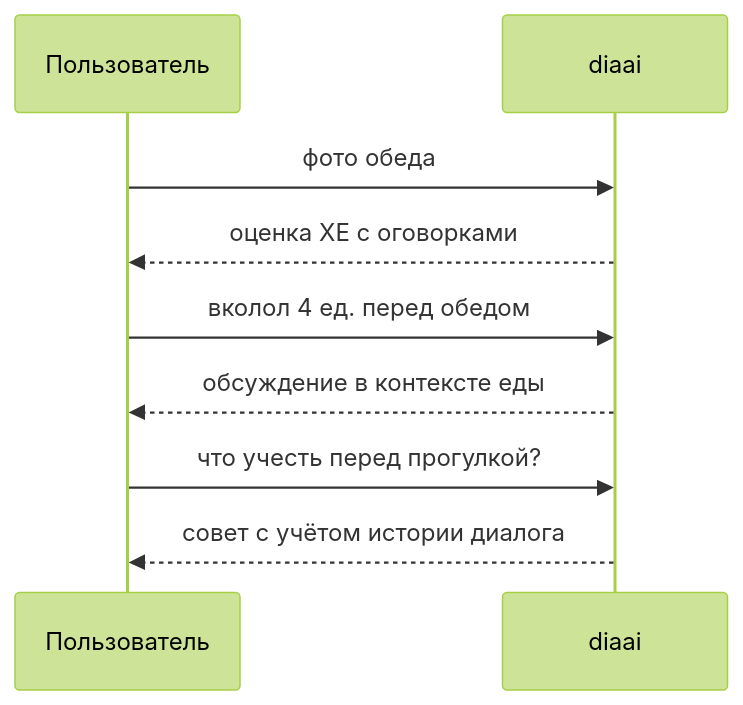
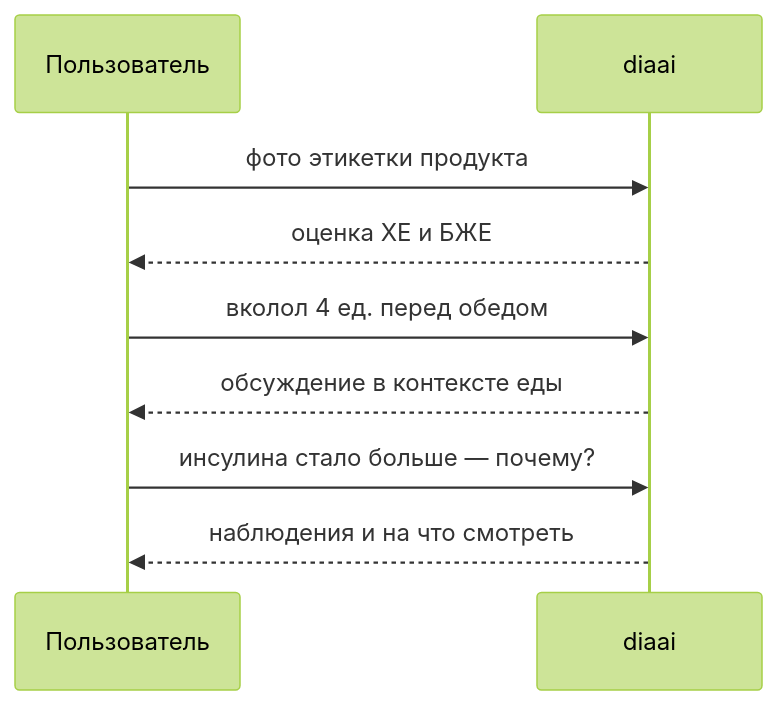
One commit to zatulik2606/diaai changed the fourth of 4 diagrams in README.md. Above: the diagram before and after it, drawn with Mermaid (forest theme). The commit also changed other lines of this file and 1 other file, not shown here.

````diff
--- a/README.md
+++ b/README.md
@@ -84,14 +111,14 @@
 ```mermaid
 sequenceDiagram
     participant U as Пользователь
     participant B as diaai
 
-    U->>B: фото обеда
-    B-->>U: оценка ХЕ с оговорками
+    U->>B: фото этикетки продукта
+    B-->>U: оценка ХЕ и БЖЕ
 
     U->>B: вколол 4 ед. перед обедом
     B-->>U: обсуждение в контексте еды
 
-    U->>B: что учесть перед прогулкой?
-    B-->>U: совет с учётом истории диалога
+    U->>B: инсулина стало больше — почему?
+    B-->>U: наблюдения и на что смотреть
 ```
````
